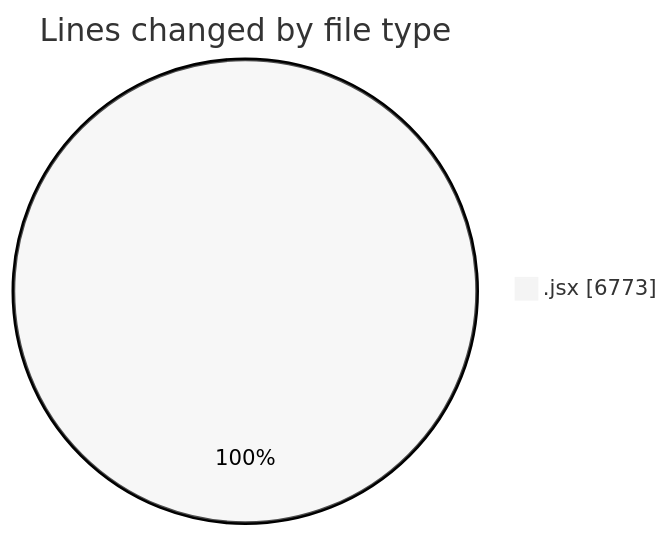
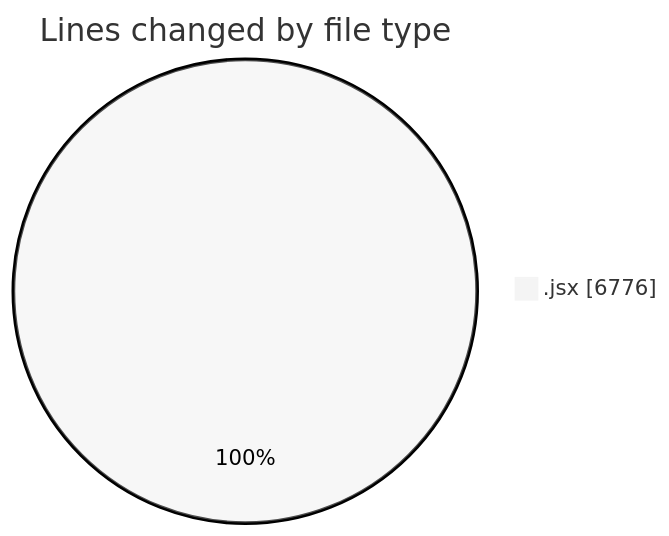
Before and after one commit to nxtqubesakshisongat/code-tracking: the first of 2 diagrams in 2025-05-14/argos-dev/README.md, drawn with Mermaid (neutral theme). The commit also changed other lines of this file and 1 other file, not shown here.

````diff
--- a/2025-05-14/argos-dev/README.md
+++ b/2025-05-14/argos-dev/README.md
@@ -28,5 +28,5 @@
 ```mermaid
 pie showData
 title Lines changed by file type
-".jsx" : 6773
+".jsx" : 6776
 ```
````
